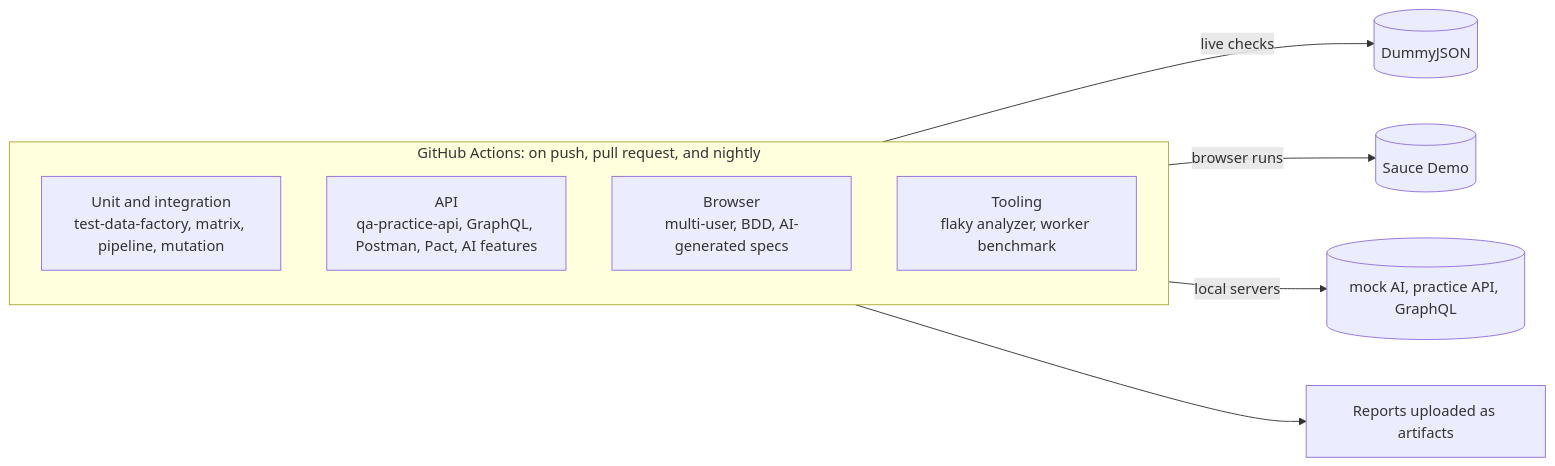
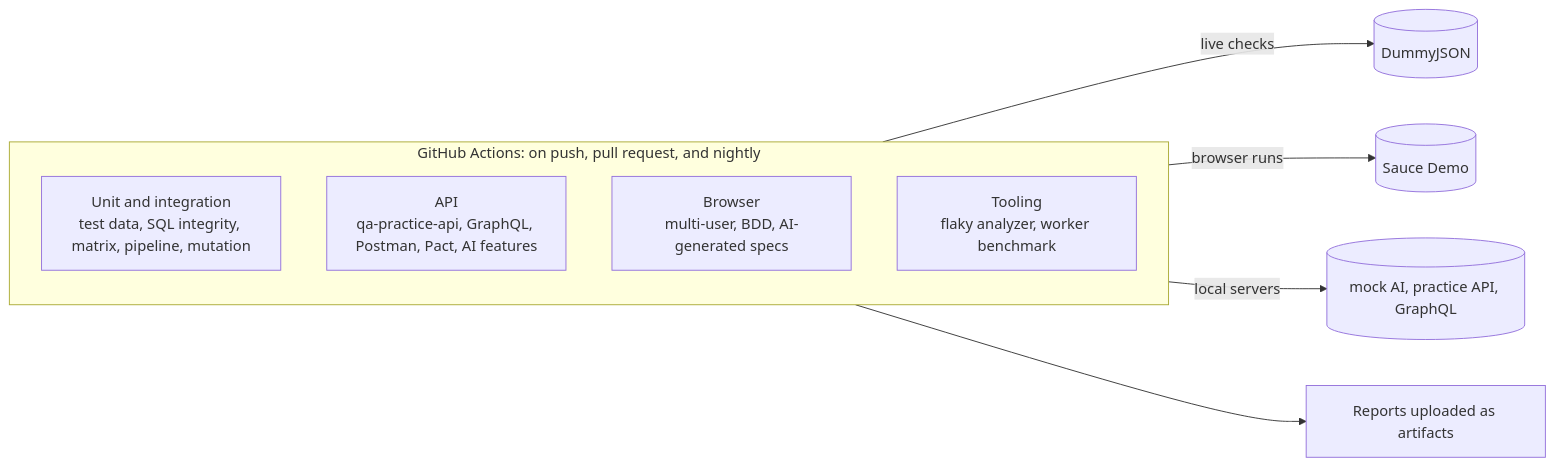
The diagram in README.md (rizvihiqrar/qa-automation-platform), drawn with Mermaid before and after one commit. The commit also changed other lines of this file and 3 other files, not shown here.

Commit message:
Document sql-data-integrity, add it to CI, mark Day 5 done

````diff
--- a/README.md
+++ b/README.md
@@ -36,14 +37,14 @@
 ```mermaid
 flowchart LR
   subgraph CI["GitHub Actions: on push, pull request, and nightly"]
     direction TB
-    U[Unit and integration<br/>test-data-factory, matrix, pipeline, mutation]
+    U[Unit and integration<br/>test data, SQL integrity, matrix, pipeline, mutation]
     A[API<br/>qa-practice-api, GraphQL, Postman, Pact, AI features]
     B[Browser<br/>multi-user, BDD, AI-generated specs]
     T[Tooling<br/>flaky analyzer, worker benchmark]
   end
   A -->|"live checks"| D[(DummyJSON)]
   B -->|"browser runs"| S[(Sauce Demo)]
   A -->|"local servers"| L[(mock AI, practice API, GraphQL)]
   CI --> R[Reports uploaded as artifacts]
 ```
````
